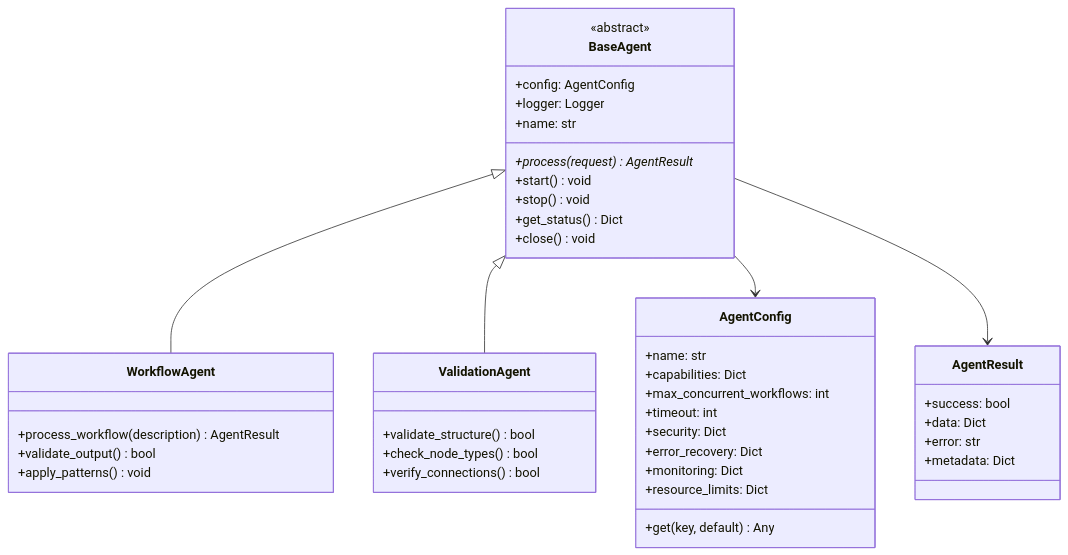
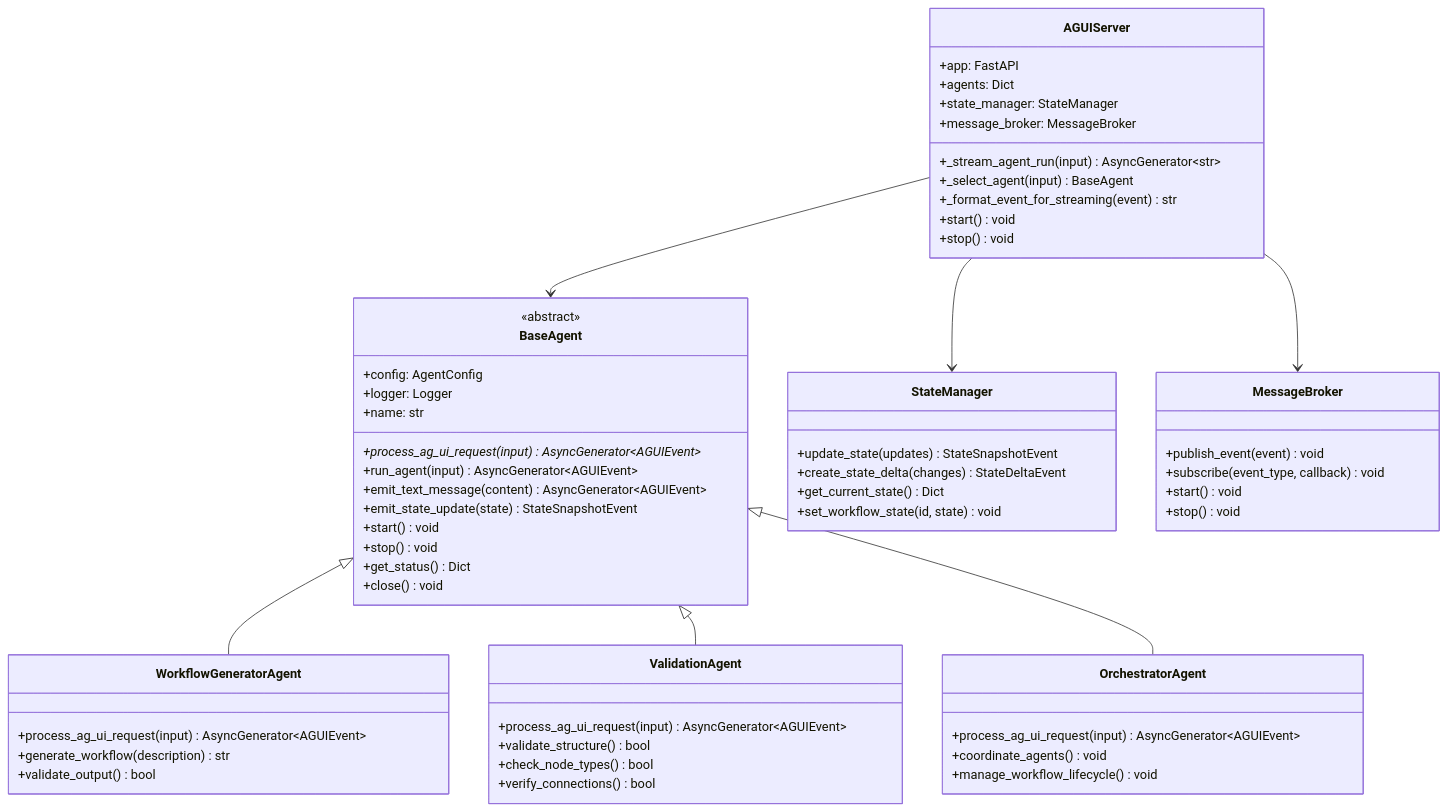
One commit to vbwyrde/N8N_Builder changed the fourth of 6 diagrams in Documentation/DOCUMENTATION.MD. Above: the diagram before and after it, drawn with Mermaid. The commit also changed other lines of this file and 29 other files, not shown here.

````diff
--- a/Documentation/DOCUMENTATION.MD
+++ b/Documentation/DOCUMENTATION.MD
@@ -158,50 +233,69 @@
 ```mermaid
 classDiagram
     class BaseAgent {
         <<abstract>>
         +config: AgentConfig
         +logger: Logger
         +name: str
-        +process(request)* AgentResult
+        +process_ag_ui_request(input)* AsyncGenerator~AGUIEvent~
+        +run_agent(input) AsyncGenerator~AGUIEvent~
+        +emit_text_message(content) AsyncGenerator~AGUIEvent~
+        +emit_state_update(state) StateSnapshotEvent
         +start() void
         +stop() void
         +get_status() Dict
         +close() void
     }
-    
-    class AgentConfig {
-        +name: str
-        +capabilities: Dict
-        +max_concurrent_workflows: int
-        +timeout: int
-        +security: Dict
-        +error_recovery: Dict
-        +monitoring: Dict
-        +resource_limits: Dict
-        +get(key, default) Any
+
+    class AGUIServer {
+        +app: FastAPI
+        +agents: Dict
+        +state_manager: StateManager
+        +message_broker: MessageBroker
+        +_stream_agent_run(input) AsyncGenerator~str~
+        +_select_agent(input) BaseAgent
+        +_format_event_for_streaming(event) str
+        +start() void
+        +stop() void
     }
-    
-    class AgentResult {
-        +success: bool
-        +data: Dict
-        +error: str
-        +metadata: Dict
+
+    class WorkflowGeneratorAgent {
+        +process_ag_ui_request(input) AsyncGenerator~AGUIEvent~
+        +generate_workflow(description) str
+        +validate_output() bool
     }
-    
-    class WorkflowAgent {
-        +process_workflow(description) AgentResult
-        +validate_output() bool
-        +apply_patterns() void
-    }
-    
+
     class ValidationAgent {
+        +process_ag_ui_request(input) AsyncGenerator~AGUIEvent~
         +validate_structure() bool
         +check_node_types() bool
         +verify_connections() bool
     }
-    
-    BaseAgent <|-- WorkflowAgent
+
+    class OrchestratorAgent {
+        +process_ag_ui_request(input) AsyncGenerator~AGUIEvent~
+        +coordinate_agents() void
+        +manage_workflow_lifecycle() void
+    }
+
+    class StateManager {
+        +update_state(updates) StateSnapshotEvent
+        +create_state_delta(changes) StateDeltaEvent
+        +get_current_state() Dict
+        +set_workflow_state(id, state) void
+    }
+
+    class MessageBroker {
+        +publish_event(event) void
+        +subscribe(event_type, callback) void
+        +start() void
+        +stop() void
+    }
+
+    BaseAgent <|-- WorkflowGeneratorAgent
     BaseAgent <|-- ValidationAgent
-    BaseAgent --> AgentConfig
-    BaseAgent --> AgentResult
+    BaseAgent <|-- OrchestratorAgent
+    AGUIServer --> BaseAgent
+    AGUIServer --> StateManager
+    AGUIServer --> MessageBroker
 ```
````
